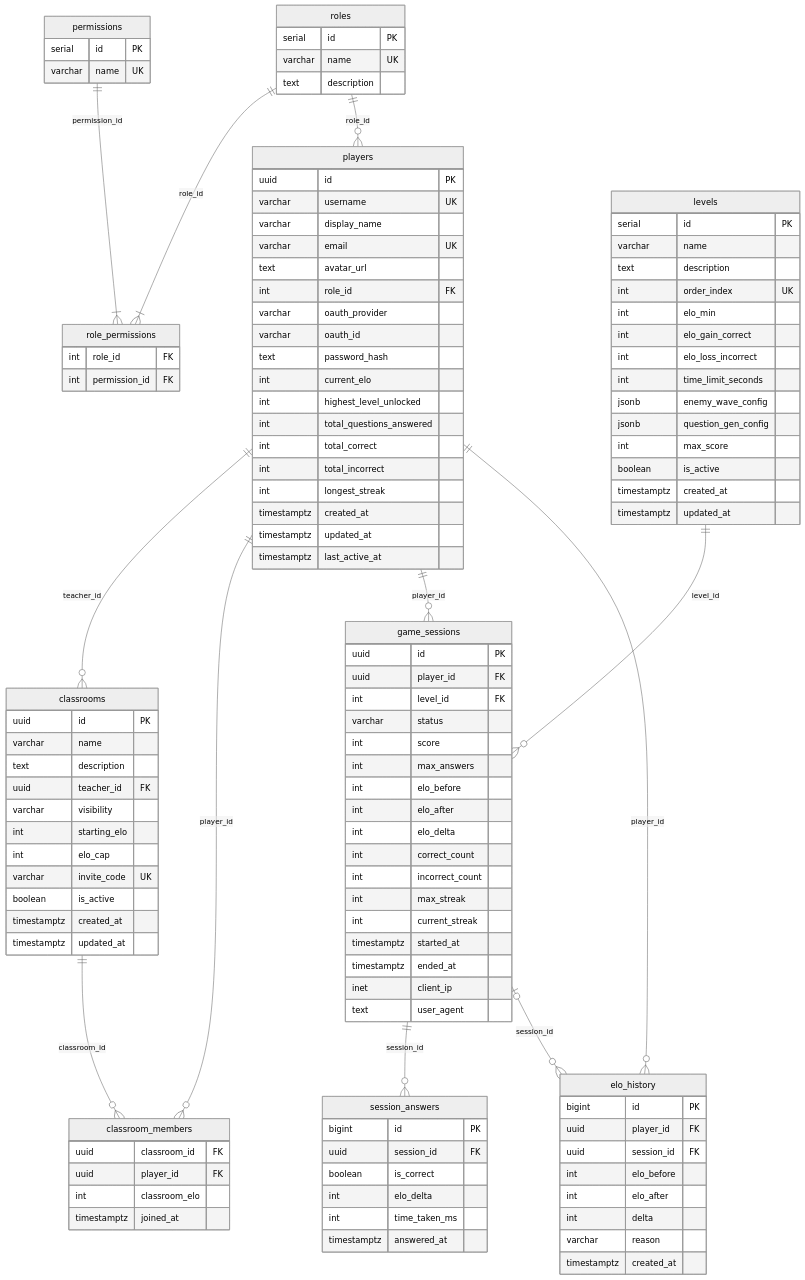
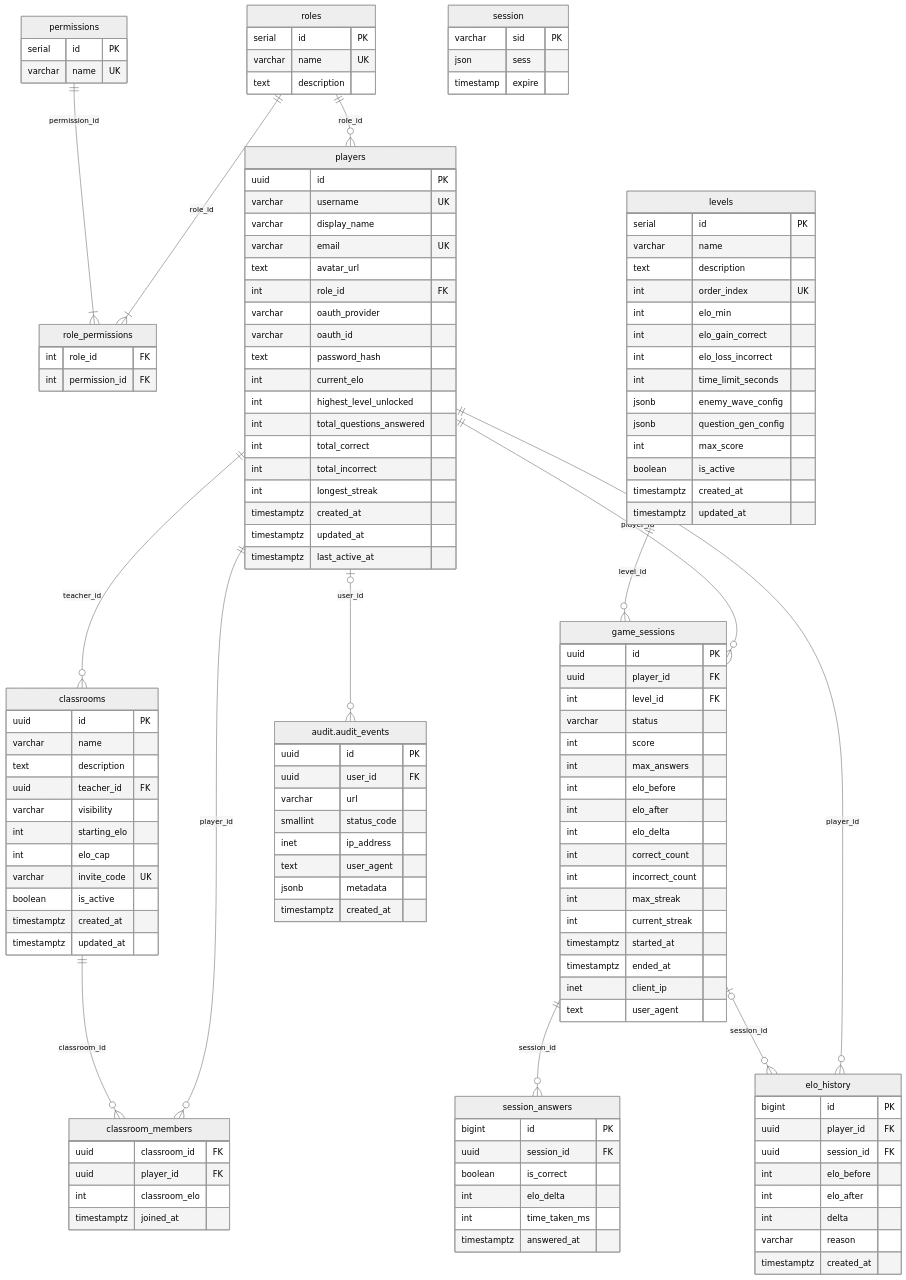
The diagram in README.md (christphralden/magic-nugger-app), drawn with Mermaid (neutral theme) before and after one commit. The commit also changed other lines of this file and 6 other files, not shown here.

````diff
--- a/README.md
+++ b/README.md
@@ -193,15 +193,34 @@
         timestamptz created_at
     }
 
-    roles            ||--|{ role_permissions  : "role_id"
-    permissions      ||--|{ role_permissions  : "permission_id"
-    roles            ||--o{ players           : "role_id"
-    players          ||--o{ classrooms        : "teacher_id"
-    players          ||--o{ classroom_members : "player_id"
-    classrooms       ||--o{ classroom_members : "classroom_id"
-    players          ||--o{ game_sessions     : "player_id"
-    levels           ||--o{ game_sessions     : "level_id"
-    game_sessions    ||--o{ session_answers   : "session_id"
-    players          ||--o{ elo_history       : "player_id"
-    game_sessions    |o--o{ elo_history       : "session_id"
+    session {
+        varchar     sid    PK
+        json        sess
+        timestamp   expire
+    }
+
+    audit.audit_events {
+        uuid        id          PK
+        uuid        user_id     FK
+        varchar     url
+        smallint    status_code
+        inet        ip_address
+        text        user_agent
+        jsonb       metadata
+        timestamptz created_at
+    }
+
+    roles            ||--|{ role_permissions    : "role_id"
+    permissions      ||--|{ role_permissions    : "permission_id"
+    roles            ||--o{ players             : "role_id"
+    players          ||--o{ classrooms          : "teacher_id"
+    players          ||--o{ classroom_members   : "player_id"
+    classrooms       ||--o{ classroom_members   : "classroom_id"
+    players          ||--o{ game_sessions       : "player_id"
+    levels           ||--o{ game_sessions       : "level_id"
+    game_sessions    ||--o{ session_answers     : "session_id"
+    players          ||--o{ elo_history         : "player_id"
+    game_sessions    |o--o{ elo_history         : "session_id"
+    players          |o--o{ audit.audit_events  : "user_id"
+
 ```
````
